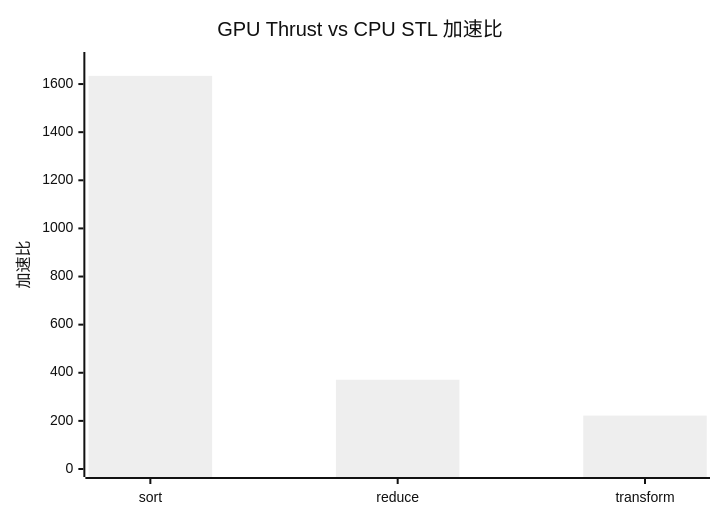
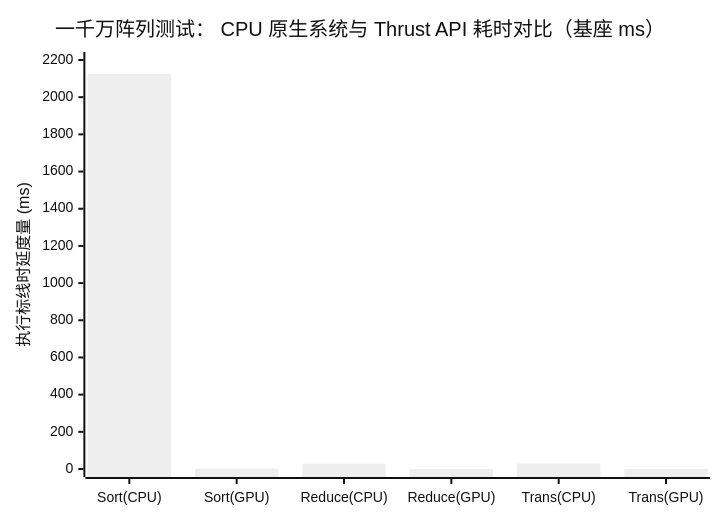
One commit to psmarter/CUDA-Practice changed the diagram in Blogs/12_Standard_Libraries_cuBLAS_cuFFT_Thrust.md. Above: the diagram before and after it, drawn with Mermaid (neutral theme). The commit also changed other lines of this file and 14 other files, not shown here.

````diff
--- a/Blogs/12_Standard_Libraries_cuBLAS_cuFFT_Thrust.md
+++ b/Blogs/12_Standard_Libraries_cuBLAS_cuFFT_Thrust.md
@@ -126,7 +197,7 @@
 ```mermaid
 xychart-beta
-  title "GPU Thrust vs CPU STL 加速比"
-  x-axis ["sort", "reduce", "transform"]
-  y-axis "加速比" 0 --> 1700
-  bar [1634, 371, 222]
+  title "一千万阵列测试： CPU 原生系统与 Thrust API 耗时对比（基座 ms）"
+  x-axis ["Sort(CPU)", "Sort(GPU)", "Reduce(CPU)", "Reduce(GPU)", "Trans(CPU)", "Trans(GPU)"]
+  y-axis "执行标线时延度量 (ms)" 0 --> 2200
+  bar [2124, 1.30, 28.35, 0.08, 29.20, 0.13]
 ```
````
